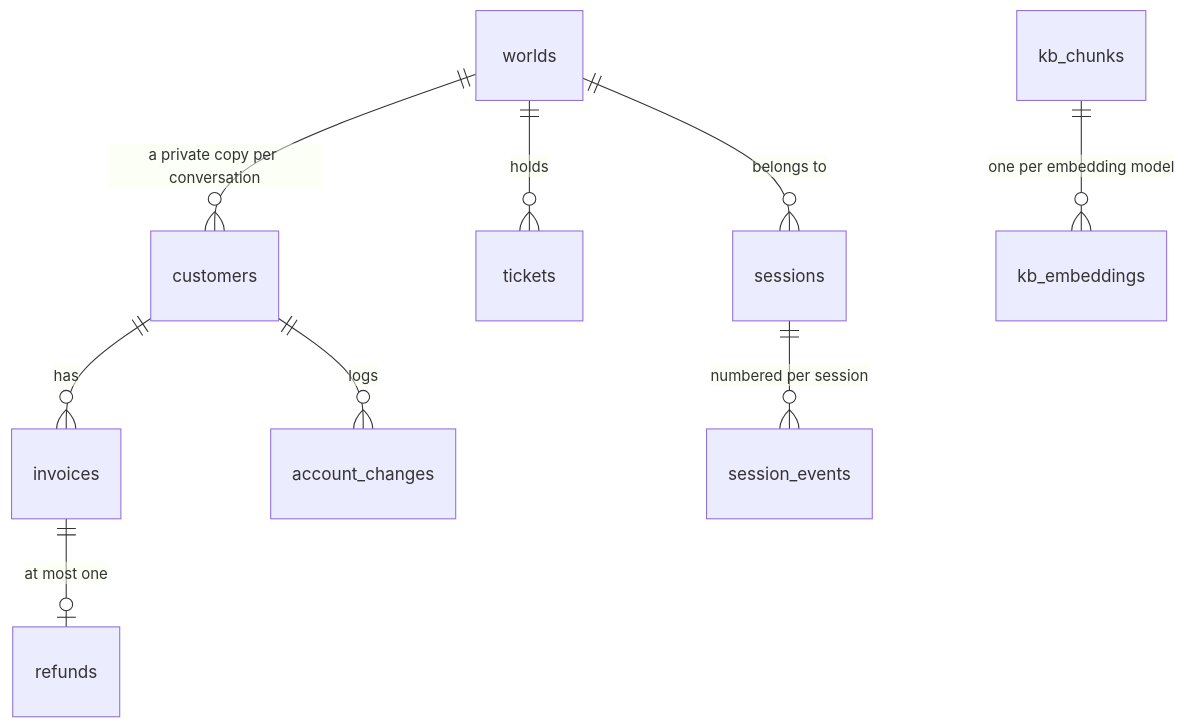
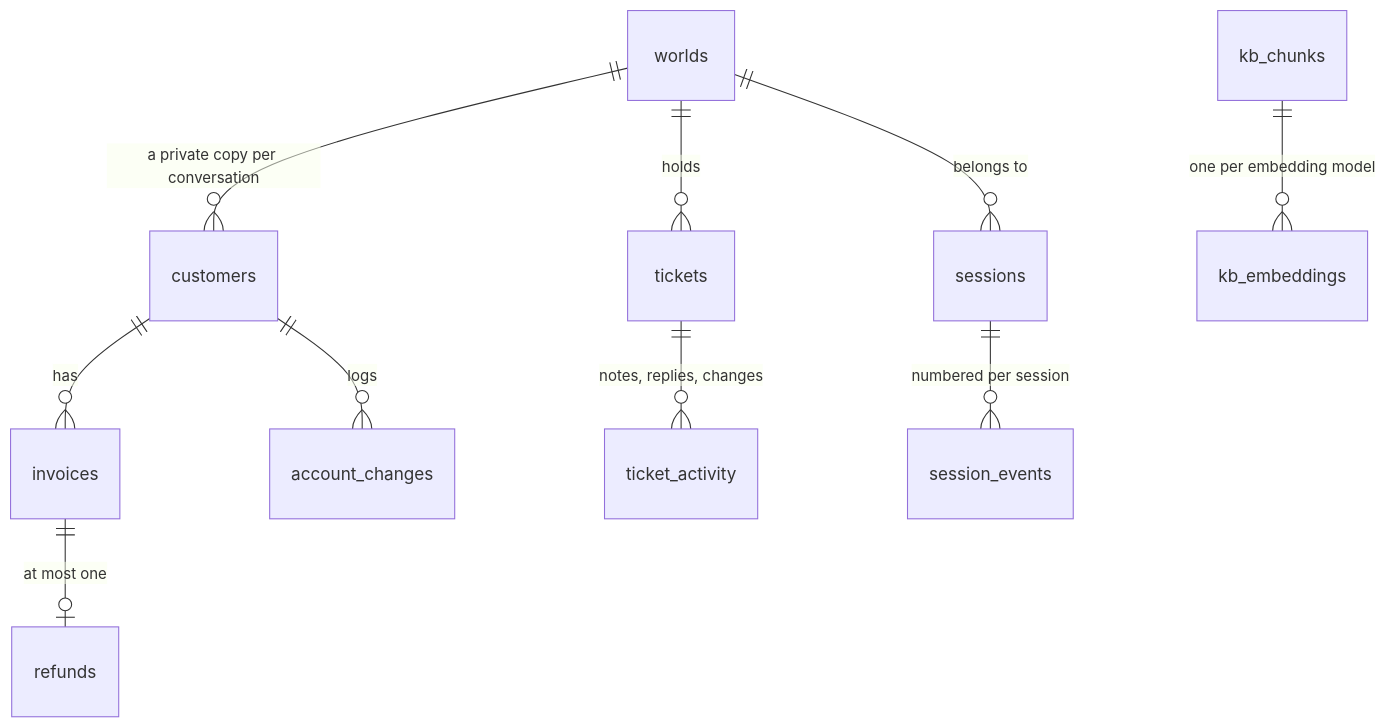
The third of 5 diagrams in ARCHITECTURE.md (raghav-rathi/AISupportAgent), drawn with Mermaid before and after one commit. The commit also changed other lines of this file and 46 other files, not shown here.

````diff
--- a/ARCHITECTURE.md
+++ b/ARCHITECTURE.md
@@ -163,11 +169,12 @@
 ```mermaid
 erDiagram
     worlds ||--o{ customers : "a private copy per conversation"
     customers ||--o{ invoices : has
     invoices ||--o| refunds : "at most one"
     customers ||--o{ account_changes : logs
     worlds ||--o{ tickets : holds
+    tickets ||--o{ ticket_activity : "notes, replies, changes"
     worlds ||--o{ sessions : "belongs to"
     sessions ||--o{ session_events : "numbered per session"
     kb_chunks ||--o{ kb_embeddings : "one per embedding model"
 ```
````
